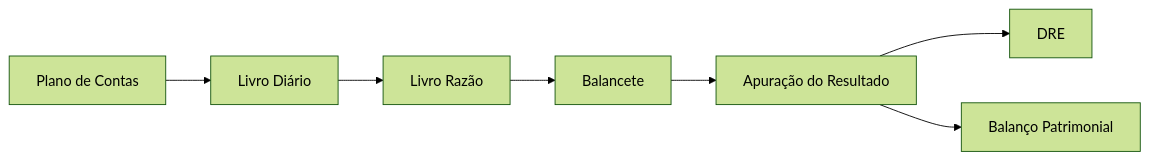
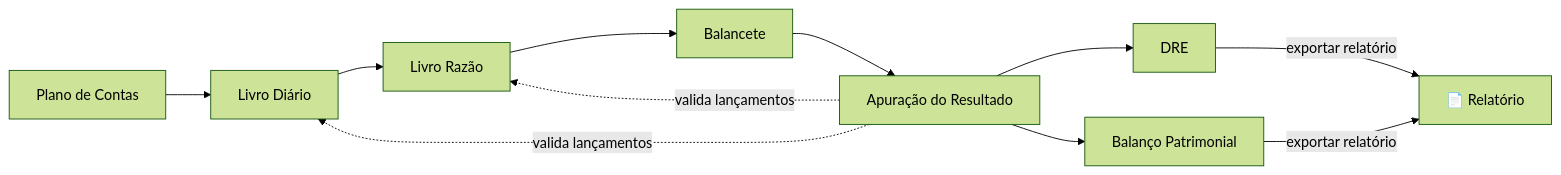
Before and after one commit to NES-Contabilidade-Integrada/doc-coins2026.1: the diagram in docs/index.md, drawn with Mermaid (forest theme).

Commit message:
feat(homepage): enrich fluxo-geral with validation arrows and export node

````diff
--- a/docs/index.md
+++ b/docs/index.md
@@ -43,9 +43,12 @@
 ```mermaid
 flowchart LR
     A[Plano de Contas] --> B[Livro Diário]
     B --> C[Livro Razão]
     C --> D[Balancete]
     D --> E[Apuração do Resultado]
+    E -.->|valida lançamentos| B
+    E -.->|valida lançamentos| C
     E --> F[DRE]
     E --> G[Balanço Patrimonial]
+    F & G -->|exportar relatório| H[📄 Relatório]
 ```
````
